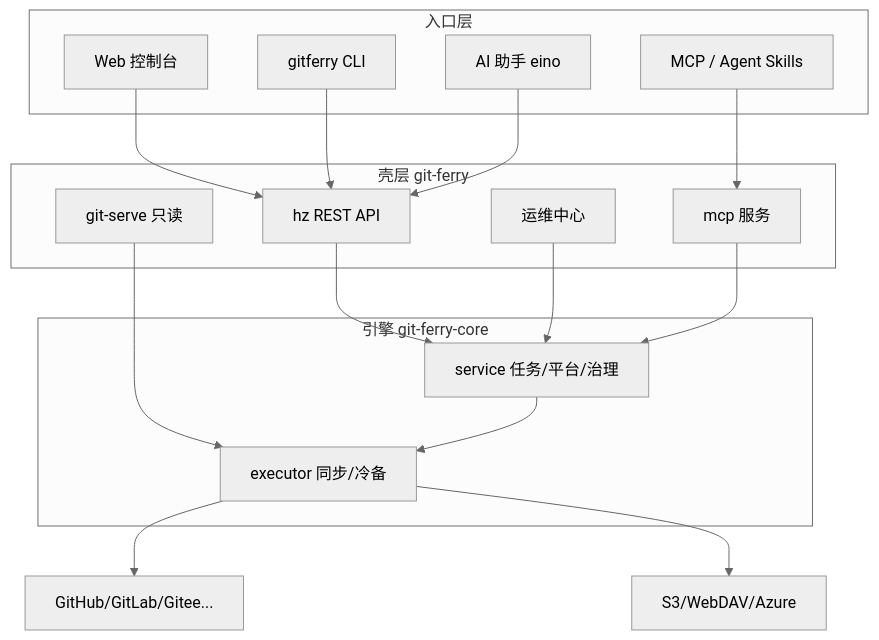
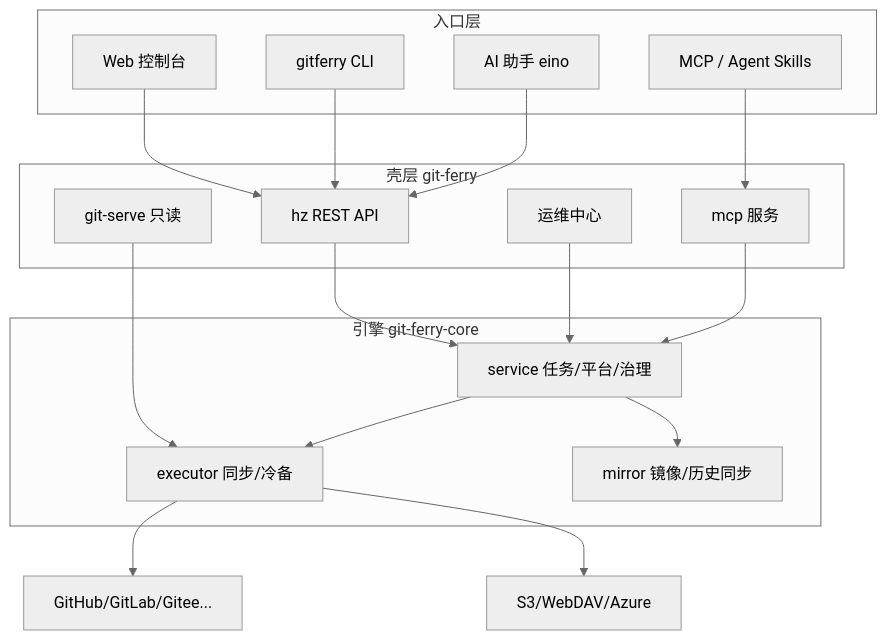
Before and after one commit to yi-nology/git-ferry: the diagram in README.zh-CN.md, drawn with Mermaid (neutral theme). The commit also changed other lines of this file and 35 other files, not shown here.

````diff
--- a/README.zh-CN.md
+++ b/README.zh-CN.md
@@ -454,30 +567,32 @@
 ```mermaid
 flowchart TB
   subgraph 入口层
     W[Web 控制台]
     C[gitferry CLI]
     M[MCP / Agent Skills]
     AI[AI 助手 eino]
   end
   subgraph 壳层 git-ferry
     H[hz REST API]
     OPS[运维中心]
     MCP[mcp 服务]
     GW[git-serve 只读]
   end
   subgraph 引擎 git-ferry-core
     EX[executor 同步/冷备]
     SVC[service 任务/平台/治理]
+    MIR[mirror 镜像/历史同步]
   end
   W --> H
   C --> H
   M --> MCP
   AI --> H
   H --> SVC
   OPS --> SVC
   MCP --> SVC
   GW --> EX
   SVC --> EX
+  SVC --> MIR
   EX --> P1[GitHub/GitLab/Gitee...]
   EX --> P2[S3/WebDAV/Azure]
 ```
````
